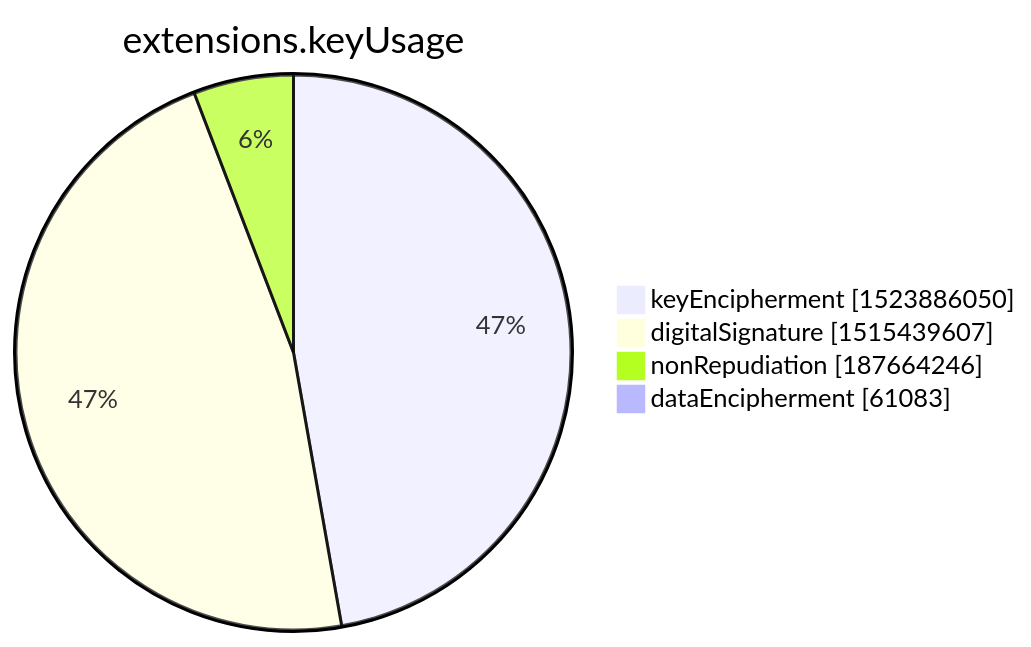
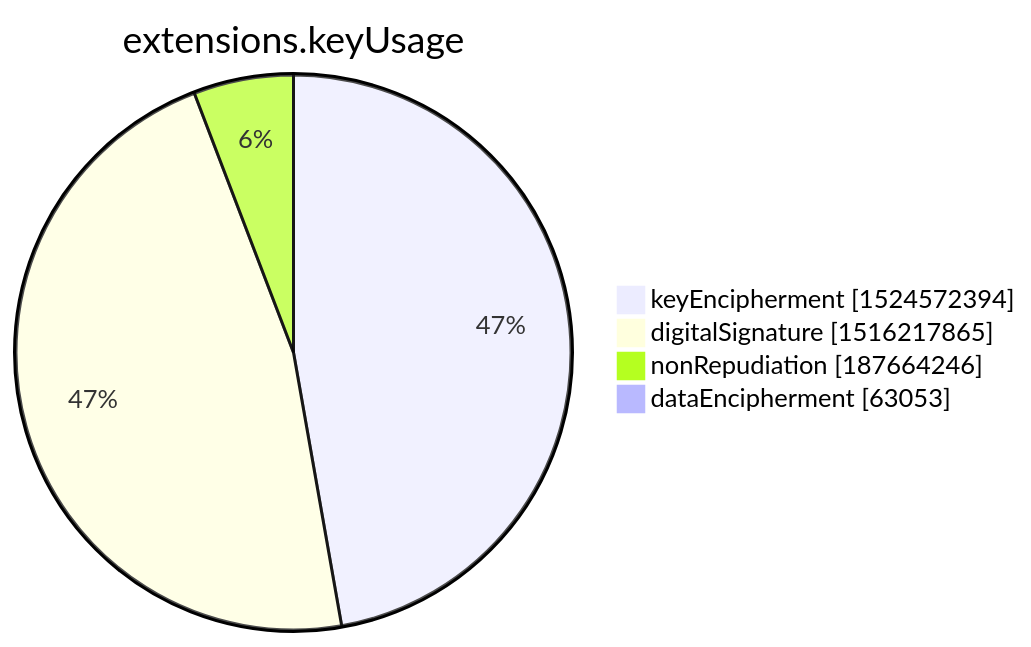
The seventh of 15 diagrams in xenon2022/README.md (christiankrug/ctmonitor_visualization), drawn with Mermaid before and after one commit. The commit also changed other lines of this file, not shown here.

````diff
--- a/xenon2022/README.md
+++ b/xenon2022/README.md
@@ -2847,8 +2847,8 @@
 ```mermaid
 pie showData
 title extensions.keyUsage
-"keyEncipherment" :1523886050
-"digitalSignature" :1515439607
+"keyEncipherment" :1524572394
+"digitalSignature" :1516217865
 "nonRepudiation" :187664246
-"dataEncipherment" :61083
+"dataEncipherment" :63053
 ```
````
